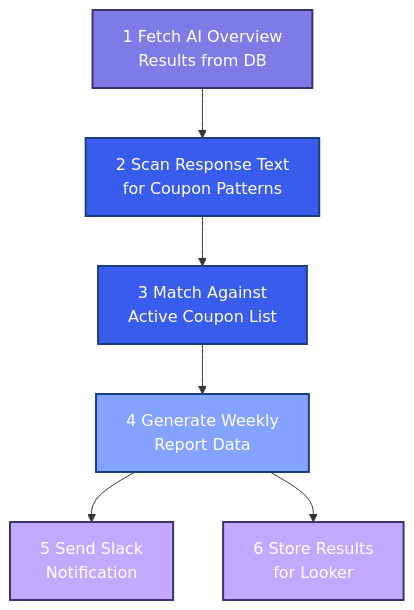
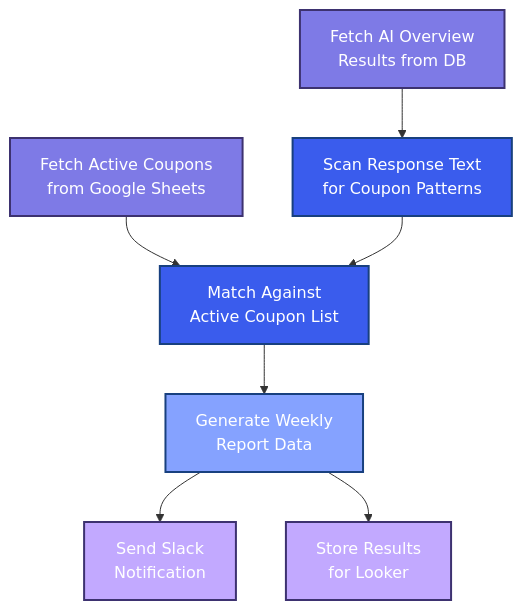
Before and after one commit to growth-marketing-tools/coupon-mention-tracker: the diagram in README.md, drawn with Mermaid. The commit also changed other lines of this file and 6 other files, not shown here.

First line of the commit message:
feat: integrate Google Sheets for dynamic coupon management

````diff
--- a/README.md
+++ b/README.md
@@ -26,26 +26,27 @@
 ```mermaid
 flowchart TD
-    S1["1 Fetch AI Overview<br>Results from DB"]
-    S2["2 Scan Response Text<br>for Coupon Patterns"]
-    S3["3 Match Against<br>Active Coupon List"]
-    S4["4 Generate Weekly<br>Report Data"]
-    S5["5 Send Slack<br>Notification"]
-    S6["6 Store Results<br>for Looker"]
+    S1["Fetch AI Overview<br>Results from DB"]
+    S2["Fetch Active Coupons<br>from Google Sheets"]
+    S3["Scan Response Text<br>for Coupon Patterns"]
+    S4["Match Against<br>Active Coupon List"]
+    S5["Generate Weekly<br>Report Data"]
+    S6["Send Slack<br>Notification"]
+    S7["Store Results<br>for Looker"]
 
-    S1 --> S2
-    S2 --> S3
+    S1 --> S3
+    S2 --> S4
     S3 --> S4
     S4 --> S5
-    S4 --> S6
+    S5 --> S6
+    S5 --> S7
 
     classDef prepStyle fill:#7E7AE6,stroke:#3D3270,stroke-width:2px,color:#FFFFFF
     classDef analysisStyle fill:#3A5CED,stroke:#18407F,stroke-width:2px,color:#FFFFFF
     classDef decisionStyle fill:#85A2FF,stroke:#18407F,stroke-width:2px,color:#FFFFFF
-    classDef validationStyle fill:#82E5E8,stroke:#1C8BA5,stroke-width:2px,color:#FFFFFF
     classDef documentationStyle fill:#C2A9FF,stroke:#3D3270,stroke-width:2px,color:#FFFFFF
 
-    class S1 prepStyle
-    class S2,S3 analysisStyle
-    class S4 decisionStyle
-    class S5,S6 documentationStyle
+    class S1,S2 prepStyle
+    class S3,S4 analysisStyle
+    class S5 decisionStyle
+    class S6,S7 documentationStyle
 ```
````
